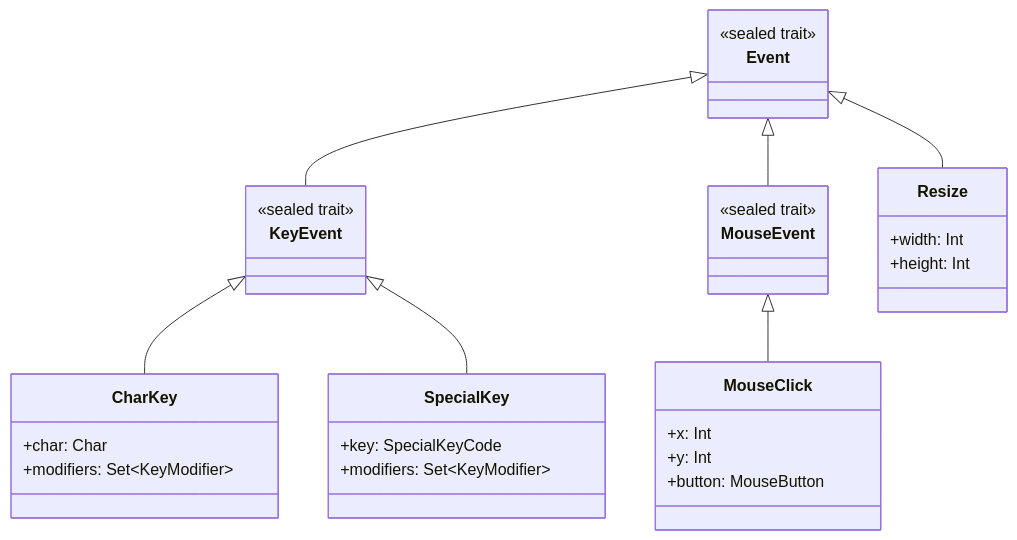
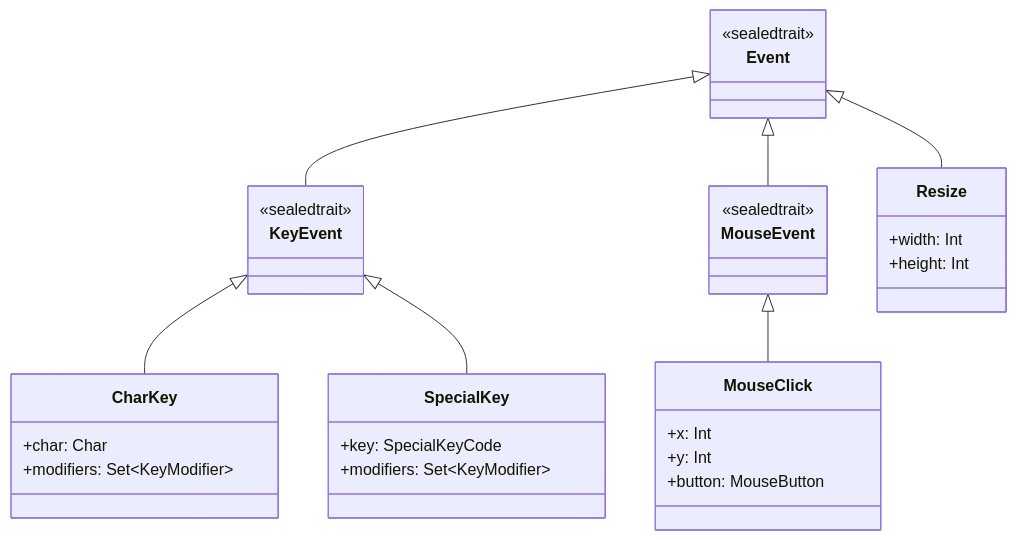
One commit to WickedSik/ws-console changed the tenth of 26 diagrams in docs/terminal-architecture.md. Above: the diagram before and after it, drawn with Mermaid. The commit also changed other lines of this file and 7 other files, not shown here.

````diff
--- a/docs/terminal-architecture.md
+++ b/docs/terminal-architecture.md
@@ -607,42 +638,42 @@
 ```mermaid
 classDiagram
     class Event {
-        <<sealed trait>>
-    }
+<<sealedtrait>>
+}
 
-    class KeyEvent {
-        <<sealed trait>>
-    }
+class KeyEvent {
+<<sealedtrait>>
+}
 
-    class MouseEvent {
-        <<sealed trait>>
-    }
+class MouseEvent {
+<<sealedtrait>>
+}
 
-    class CharKey {
-        +char: Char
-        +modifiers: Set~KeyModifier~
-    }
+class CharKey {
++char: Char
++modifiers: Set~KeyModifier~
+}
 
-    class SpecialKey {
-        +key: SpecialKeyCode
-        +modifiers: Set~KeyModifier~
-    }
+class SpecialKey {
++key: SpecialKeyCode
++modifiers: Set~KeyModifier~
+}
 
-    class MouseClick {
-        +x: Int
-        +y: Int
-        +button: MouseButton
-    }
+class MouseClick {
++x: Int
++y: Int
++button: MouseButton
+}
 
-    class Resize {
-        +width: Int
-        +height: Int
-    }
+class Resize {
++width: Int
++height: Int
+ }
 
-    Event <|-- KeyEvent
-    Event <|-- MouseEvent
-    Event <|-- Resize
-    KeyEvent <|-- CharKey
-    KeyEvent <|-- SpecialKey
-    MouseEvent <|-- MouseClick
+Event <|-- KeyEvent
+Event <|-- MouseEvent
+Event <|-- Resize
+KeyEvent <|-- CharKey
+KeyEvent <|-- SpecialKey
+MouseEvent <|-- MouseClick
 ```
````
